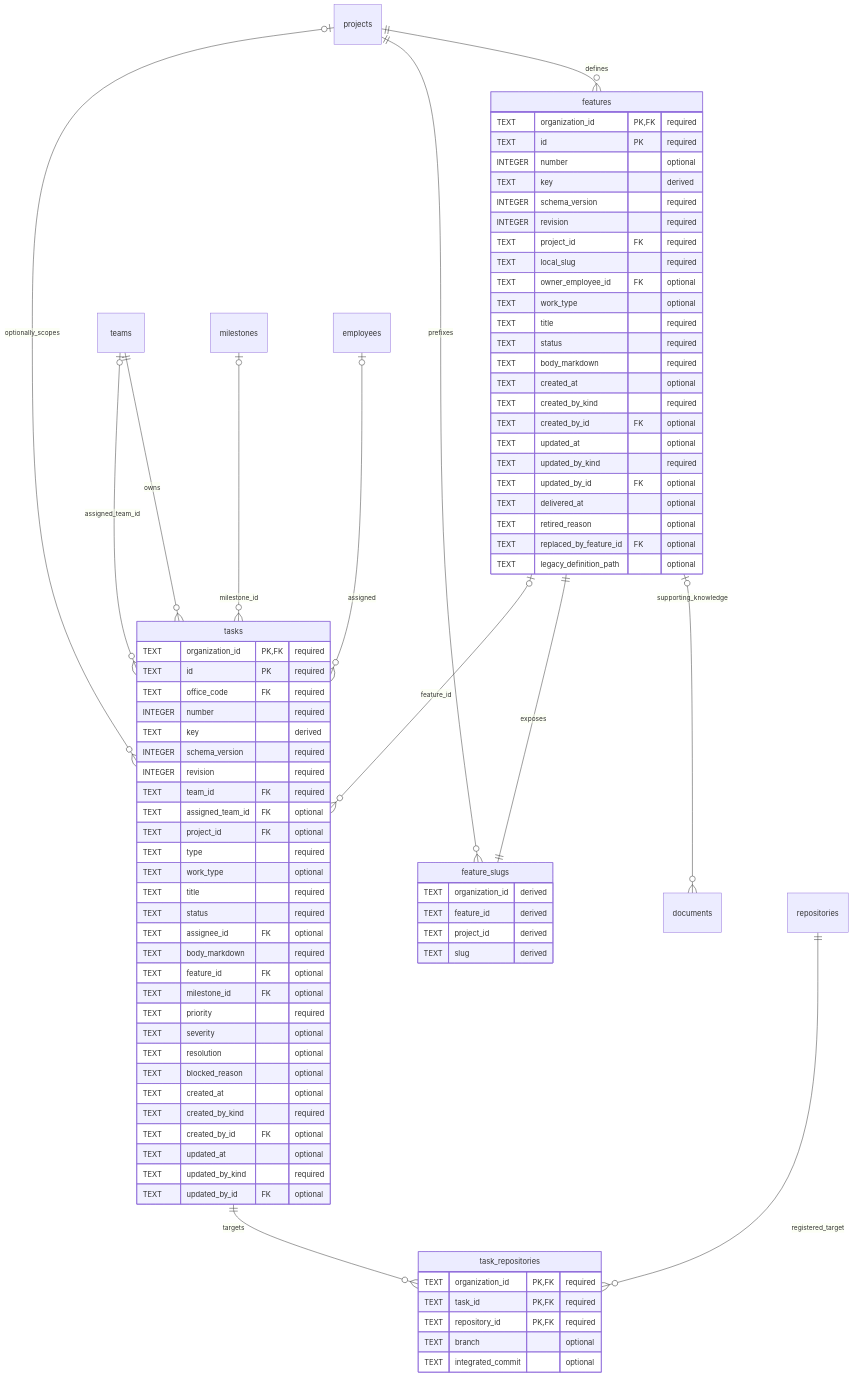
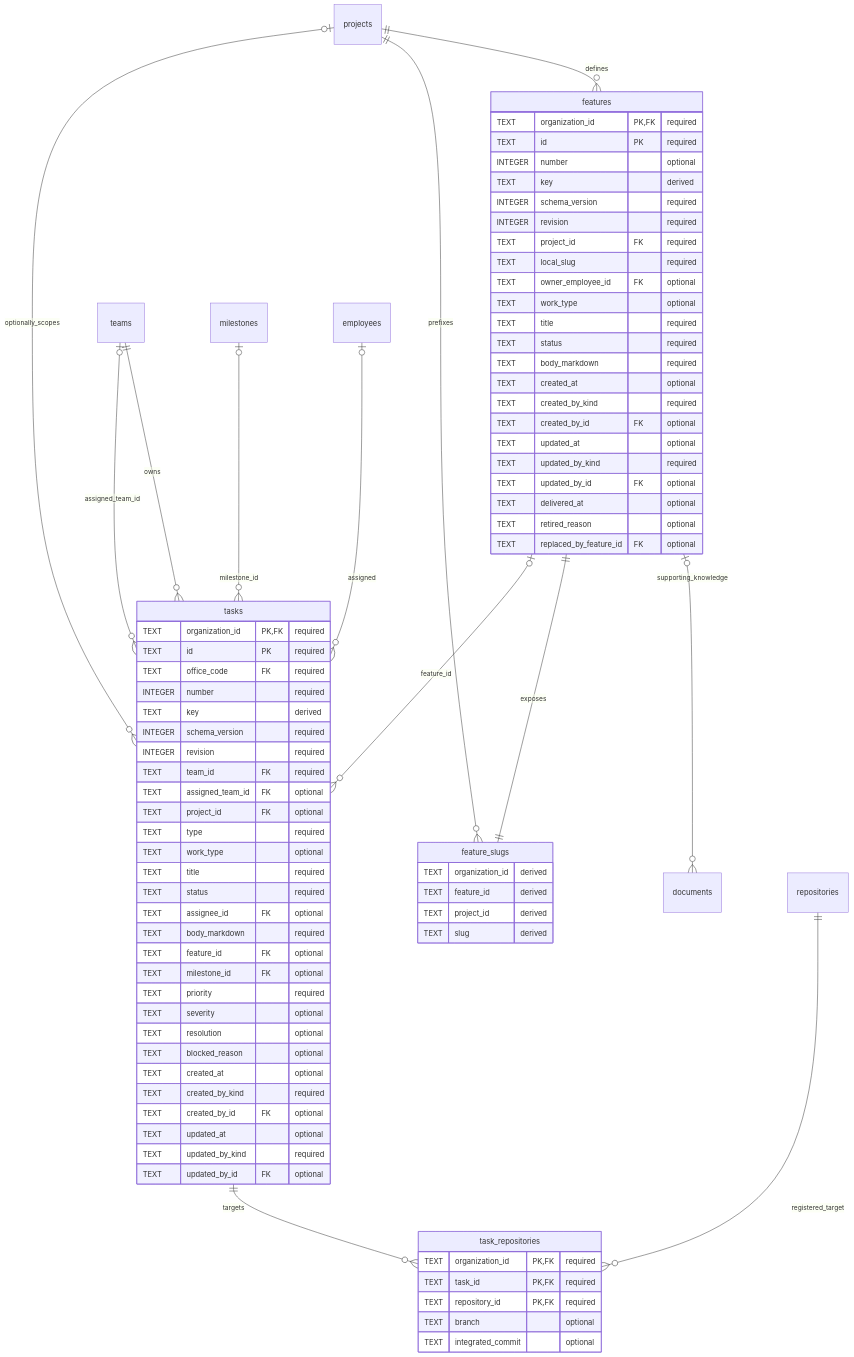
The first of 3 diagrams in docs/design/organization-data/03-features-and-work.md (vgmello/agentic-org), drawn with Mermaid before and after one commit. The commit also changed other lines of this file and 15 other files, not shown here.

First line of the commit message:
docs: remove legacy structures from the data contract and draft schema

```diff
--- a/docs/design/organization-data/03-features-and-work.md
+++ b/docs/design/organization-data/03-features-and-work.md
@@ -43,7 +43,6 @@
         TEXT delivered_at "optional"
         TEXT retired_reason "optional"
         TEXT replaced_by_feature_id FK "optional"
-        TEXT legacy_definition_path "optional"
     }
     feature_slugs {
         TEXT organization_id "derived"
```
